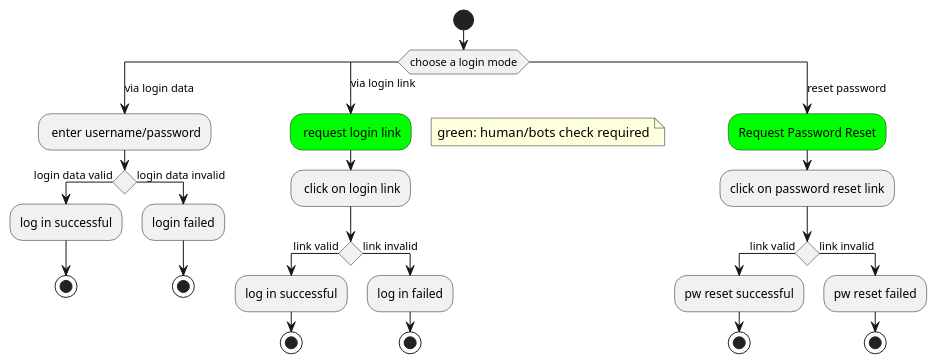
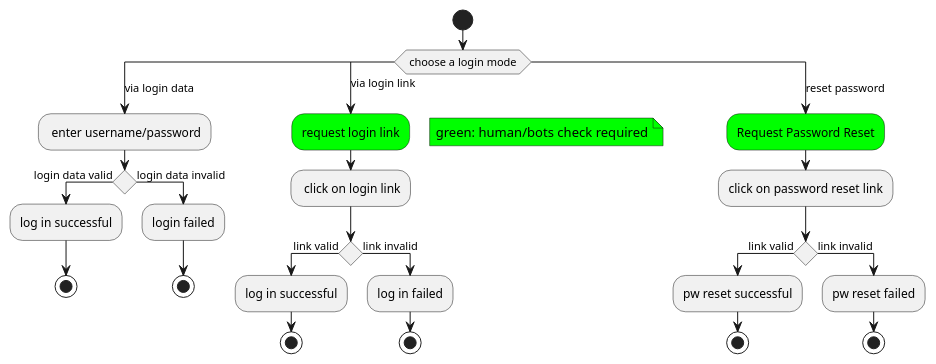
The second of 4 diagrams in src/main/jbake/content/documentation/dancer/src/04_solution_strategy.adoc (dancier/documentation), drawn with PlantUML before and after one commit. The commit also changed other lines of this file and 1 other file, not shown here.

```diff
--- a/src/main/jbake/content/documentation/dancer/src/04_solution_strategy.adoc
+++ b/src/main/jbake/content/documentation/dancer/src/04_solution_strategy.adoc
@@ -52,40 +53,46 @@
 [plantuml,login-activity,svg]
 ....
 @startuml
+<style>
+activityDiagram {
+  note {
+    BackgroundColor #00FF00
+  }
+}
+</style>
 
 start
-switch (choose a login mode)
+switch ( choose a login mode )
 case (via login data)
     : enter username/password;
     if() then (login data valid)
         :log in successful;
         stop
     else (login data invalid)
         :login failed;
         stop
     endif
 case (via login link)
-  #00FF00: request login link;
+  #00FF00:request login link;
     floating note right: green: human/bots check required
             : click on login link;
                 if() then (link valid)
                     :log in successful;
                     stop
                 else (link invalid)
                     :log in failed;
                     stop
                 endif
 case (reset password)
   #00FF00:Request Password Reset;
   :click on password reset link;
     if() then (link valid)
         :pw reset successful;
         stop
     else (link invalid)
         :pw reset failed;
         stop
     endif
 endswitch
-
 @enduml
 ....
```
